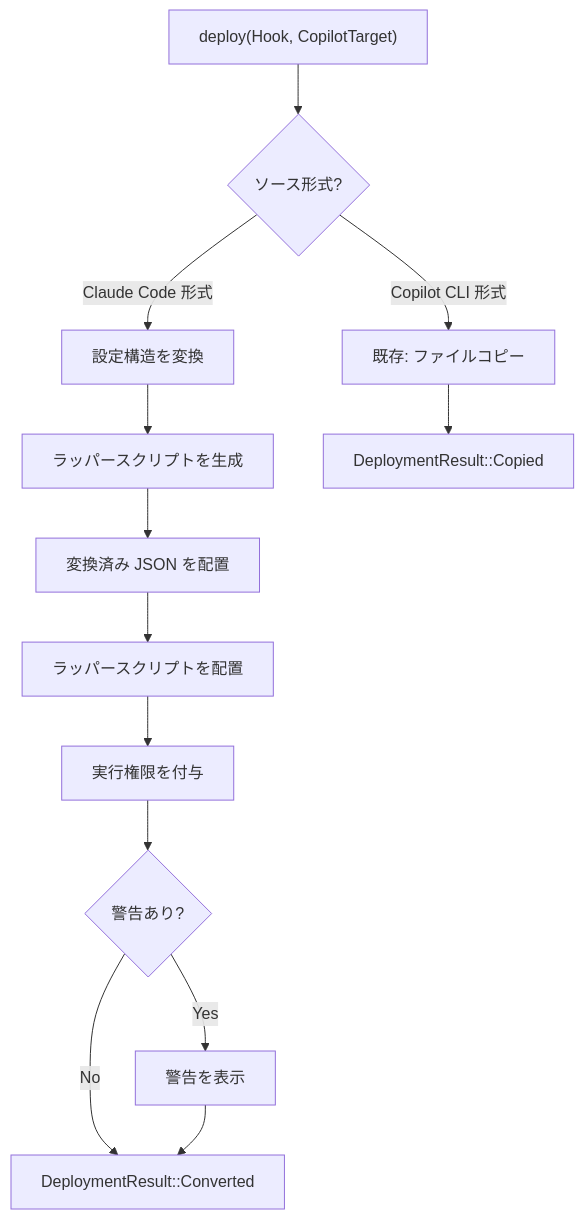
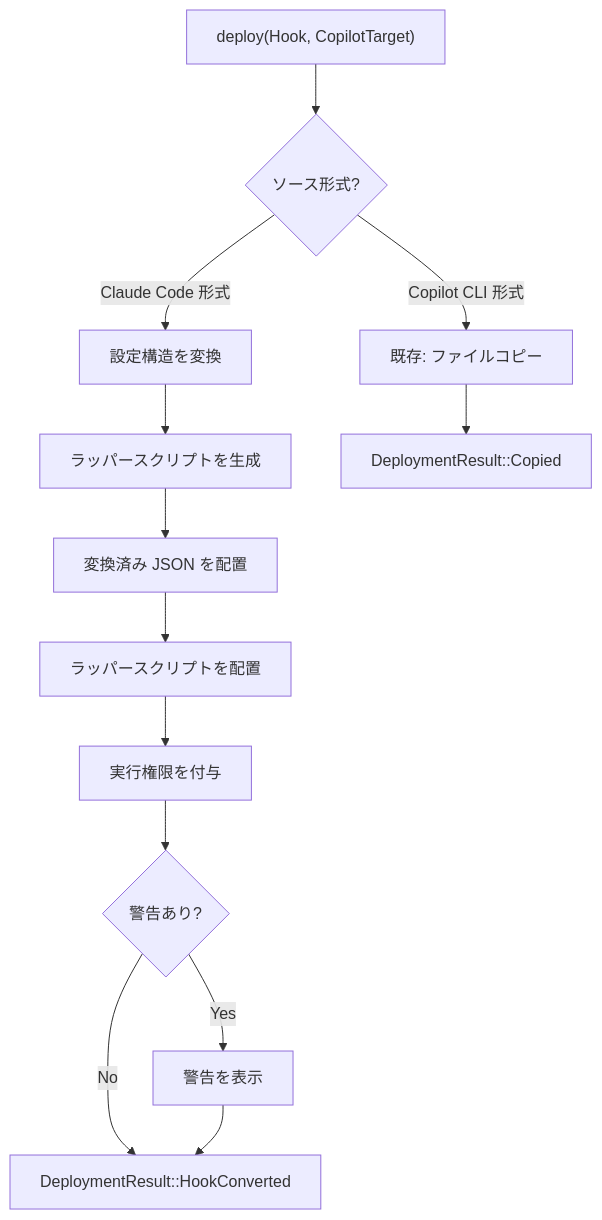
One commit to DIO0550/plugin-manager changed the first of 2 diagrams in docs/hooks-conversion/install-integration-spec.md. Above: the diagram before and after it, drawn with Mermaid. The commit also changed other lines of this file, not shown here.

First line of the commit message:
📝 [Doc]: #183 Fix DeploymentResult variant name and hooks.json references in spec

````diff
--- a/docs/hooks-conversion/install-integration-spec.md
+++ b/docs/hooks-conversion/install-integration-spec.md
@@ -28,15 +28,15 @@
 ```mermaid
 flowchart TD
     A["deploy(Hook, CopilotTarget)"] --> B{ソース形式?}
     B -->|Copilot CLI 形式| C["既存: ファイルコピー"]
     B -->|Claude Code 形式| D["設定構造を変換"]
     D --> E["ラッパースクリプトを生成"]
     E --> F["変換済み JSON を配置"]
     F --> G["ラッパースクリプトを配置"]
     G --> H["実行権限を付与"]
     H --> I{警告あり?}
     I -->|Yes| J["警告を表示"]
-    I -->|No| K["DeploymentResult::Converted"]
+    I -->|No| K["DeploymentResult::HookConverted"]
     J --> K
     C --> L["DeploymentResult::Copied"]
 ```
````
